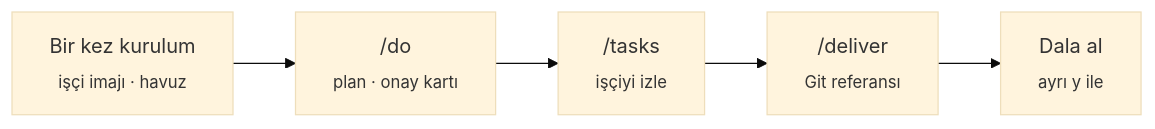
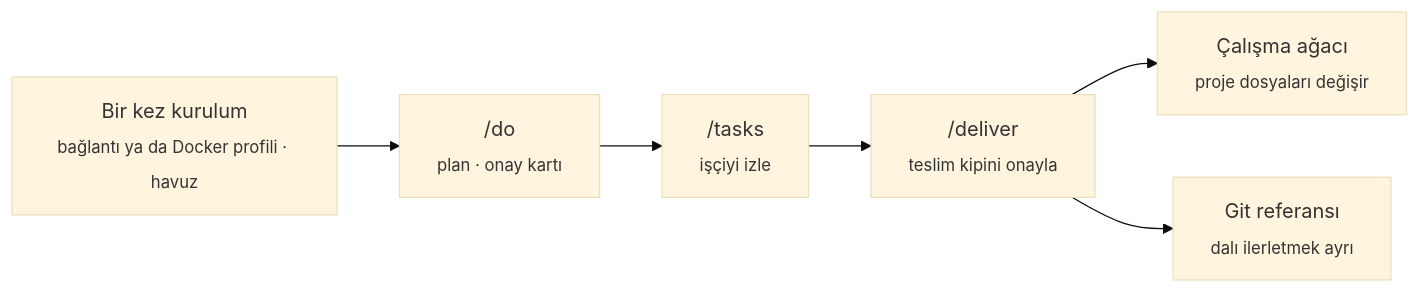
Before and after one commit to Verhex/deckent-next: the fourth of 6 diagrams in README.tr.md, drawn with Mermaid (base theme). The commit also changed other lines of this file and 10 other files, not shown here.

First line of the commit message:
docs: README, PLAN, ARCHITECTURE and guides follow the beta.1 candidate; three prerequisites, the security scan cadence and the beta.2 inbox are in PLAN (B1-DOCS-FIX-ROOT)

````diff
--- a/README.tr.md
+++ b/README.tr.md
@@ -264,7 +267,8 @@
 ```mermaid
 flowchart LR
-  S["Bir kez kurulum<br/><sub>işçi imajı · havuz</sub>"] --> D["/do<br/><sub>plan · onay kartı</sub>"]
+  S["Bir kez kurulum<br/><sub>bağlantı ya da Docker profili · havuz</sub>"] --> D["/do<br/><sub>plan · onay kartı</sub>"]
   D --> T["/tasks<br/><sub>işçiyi izle</sub>"]
-  T --> L["/deliver<br/><sub>Git referansı</sub>"]
-  L --> B["Dala al<br/><sub>ayrı y ile</sub>"]
+  T --> L["/deliver<br/><sub>teslim kipini onayla</sub>"]
+  L --> W["Çalışma ağacı<br/><sub>proje dosyaları değişir</sub>"]
+  L --> R["Git referansı<br/><sub>dalı ilerletmek ayrı</sub>"]
 ```
````
